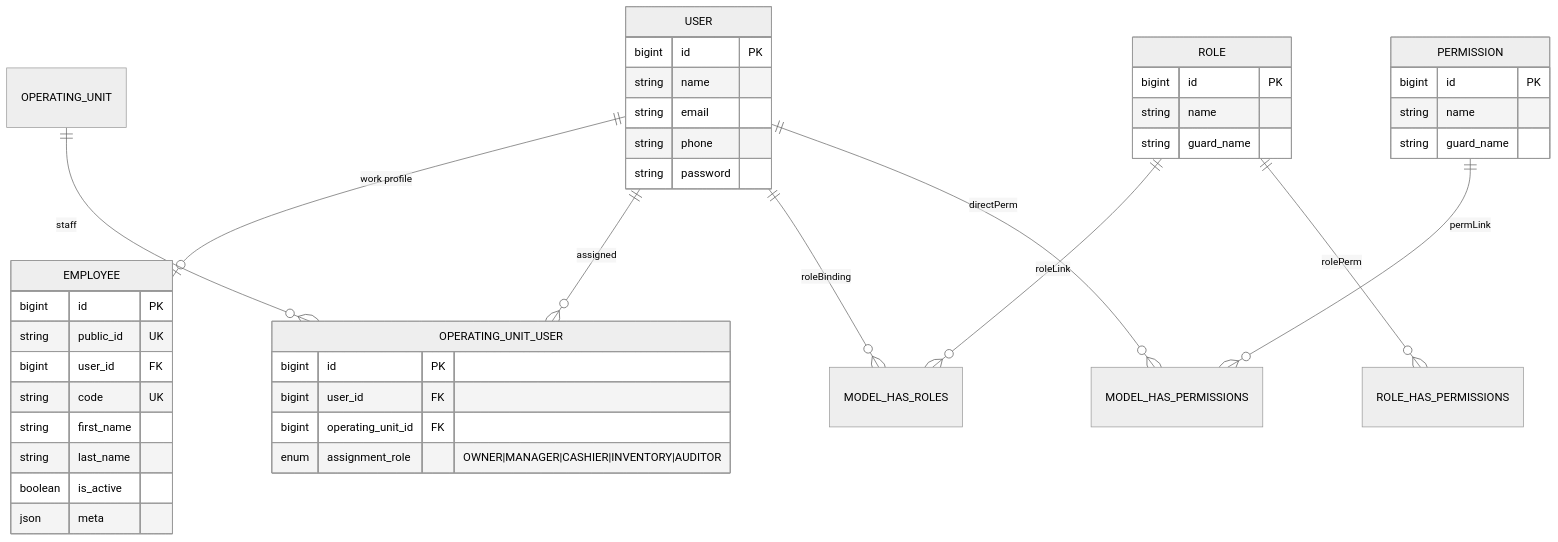
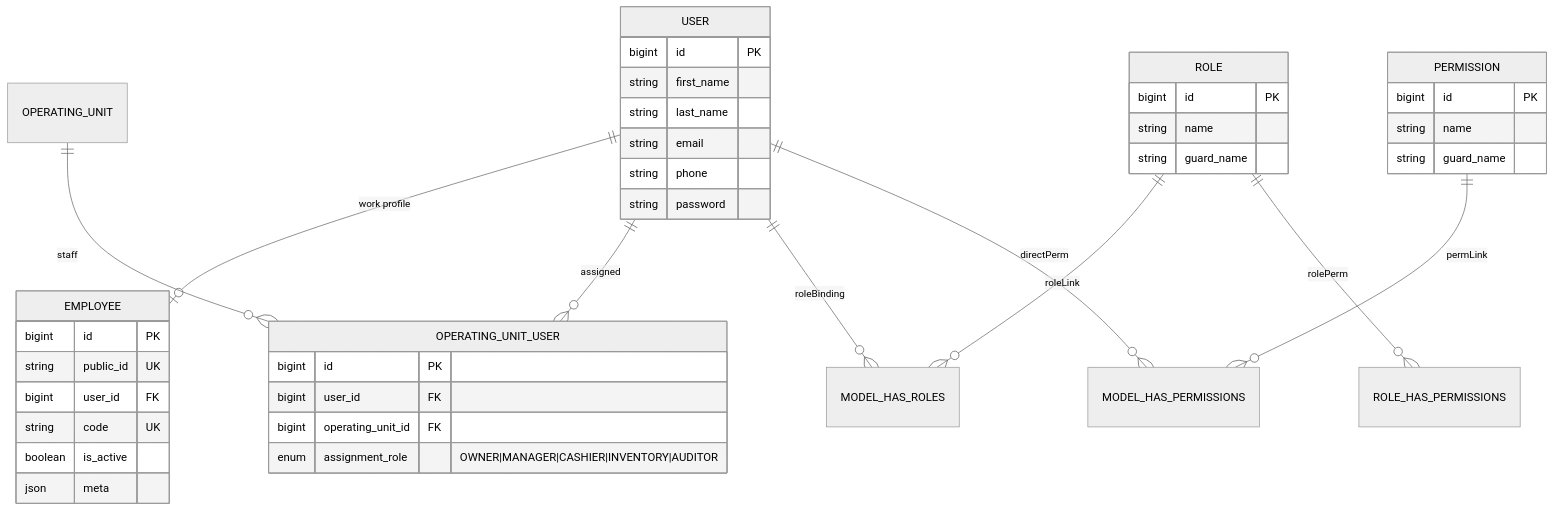
One commit to pakodiazdev/sushigo changed the first of 3 diagrams in doc/architecture/security-and-user-system-architecture.en.md. Above: the diagram before and after it, drawn with Mermaid (neutral theme). The commit also changed other lines of this file and 48 other files, not shown here.

````diff
--- a/doc/architecture/security-and-user-system-architecture.en.md
+++ b/doc/architecture/security-and-user-system-architecture.en.md
@@ -35,49 +35,48 @@
 ```mermaid
 erDiagram
   USER ||--o| EMPLOYEE : "work profile"
   USER ||--o{ OPERATING_UNIT_USER : assigned
   OPERATING_UNIT ||--o{ OPERATING_UNIT_USER : staff
   USER ||--o{ MODEL_HAS_ROLES : roleBinding
   ROLE ||--o{ MODEL_HAS_ROLES : roleLink
   USER ||--o{ MODEL_HAS_PERMISSIONS : directPerm
   PERMISSION ||--o{ MODEL_HAS_PERMISSIONS : permLink
   ROLE ||--o{ ROLE_HAS_PERMISSIONS : rolePerm
 
   USER {
     bigint id PK
-    string name
+    string first_name
+    string last_name
     string email
     string phone
     string password
   }
 
   EMPLOYEE {
     bigint id PK
     string public_id UK
     bigint user_id FK
     string code UK
-    string first_name
-    string last_name
     boolean is_active
     json meta
   }
 
   OPERATING_UNIT_USER {
     bigint id PK
     bigint user_id FK
     bigint operating_unit_id FK
     enum assignment_role "OWNER|MANAGER|CASHIER|INVENTORY|AUDITOR"
   }
 
   ROLE {
     bigint id PK
     string name
     string guard_name
   }
 
   PERMISSION {
     bigint id PK
     string name
     string guard_name
   }
 ```
````
